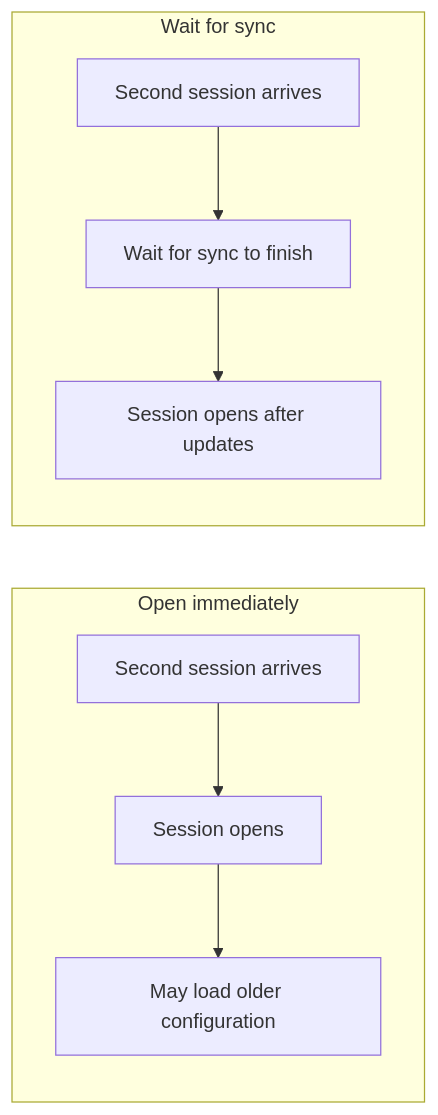
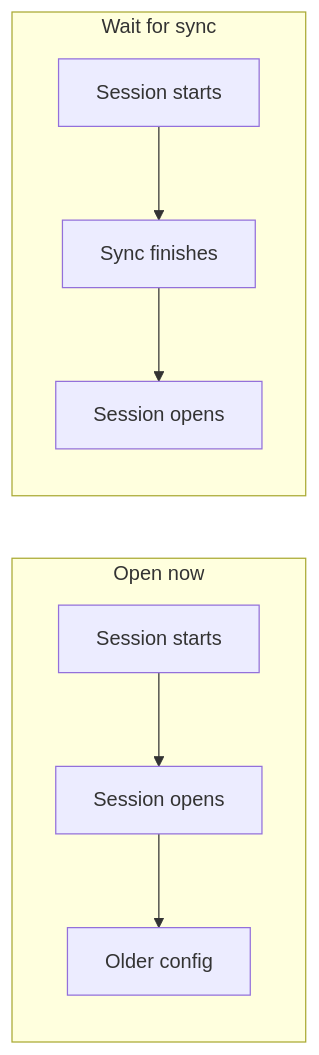
Before and after one commit to Harrison-Blair/agents: the second of 2 diagrams in skills/interrogate/SKILL.md, drawn with Mermaid.

Commit message:
interrogate: shorten example labels to fit 76 columns

````diff
--- a/skills/interrogate/SKILL.md
+++ b/skills/interrogate/SKILL.md
@@ -141,13 +141,13 @@
 ```mermaid
 flowchart LR
-    subgraph A[Open immediately]
+    subgraph A[Open now]
         direction TB
-        A1[Second session arrives] --> A2[Session opens]
-        A2 --> A3[May load older configuration]
+        A1[Session starts] --> A2[Session opens]
+        A2 --> A3[Older config]
     end
     subgraph B[Wait for sync]
         direction TB
-        B1[Second session arrives] --> B2[Wait for sync to finish]
-        B2 --> B3[Session opens after updates]
+        B1[Session starts] --> B2[Sync finishes]
+        B2 --> B3[Session opens]
     end
 ```
````
